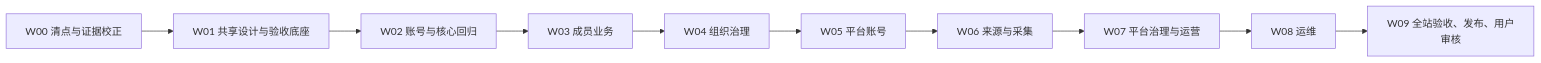
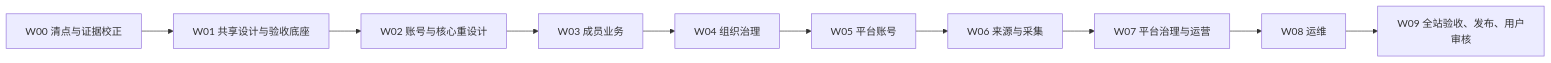
The diagram in design-plans/ui-phase-2-2026-09-07/PLAN.md (18Mozhi/midou-ai-Product-Selection), drawn with Mermaid before and after one commit. The commit also changed other lines of this file and 2 other files, not shown here.

````diff
--- a/design-plans/ui-phase-2-2026-09-07/PLAN.md
+++ b/design-plans/ui-phase-2-2026-09-07/PLAN.md
@@ -83,12 +83,12 @@
 ```mermaid
 flowchart LR
   A["W00 清点与证据校正"] --> B["W01 共享设计与验收底座"]
-  B --> C["W02 账号与核心回归"]
+  B --> C["W02 账号与核心重设计"]
   C --> D["W03 成员业务"]
   D --> E["W04 组织治理"]
   E --> F["W05 平台账号"]
   F --> G["W06 来源与采集"]
   G --> H["W07 平台治理与运营"]
   H --> I["W08 运维"]
   I --> J["W09 全站验收、发布、用户审核"]
 ```
````
